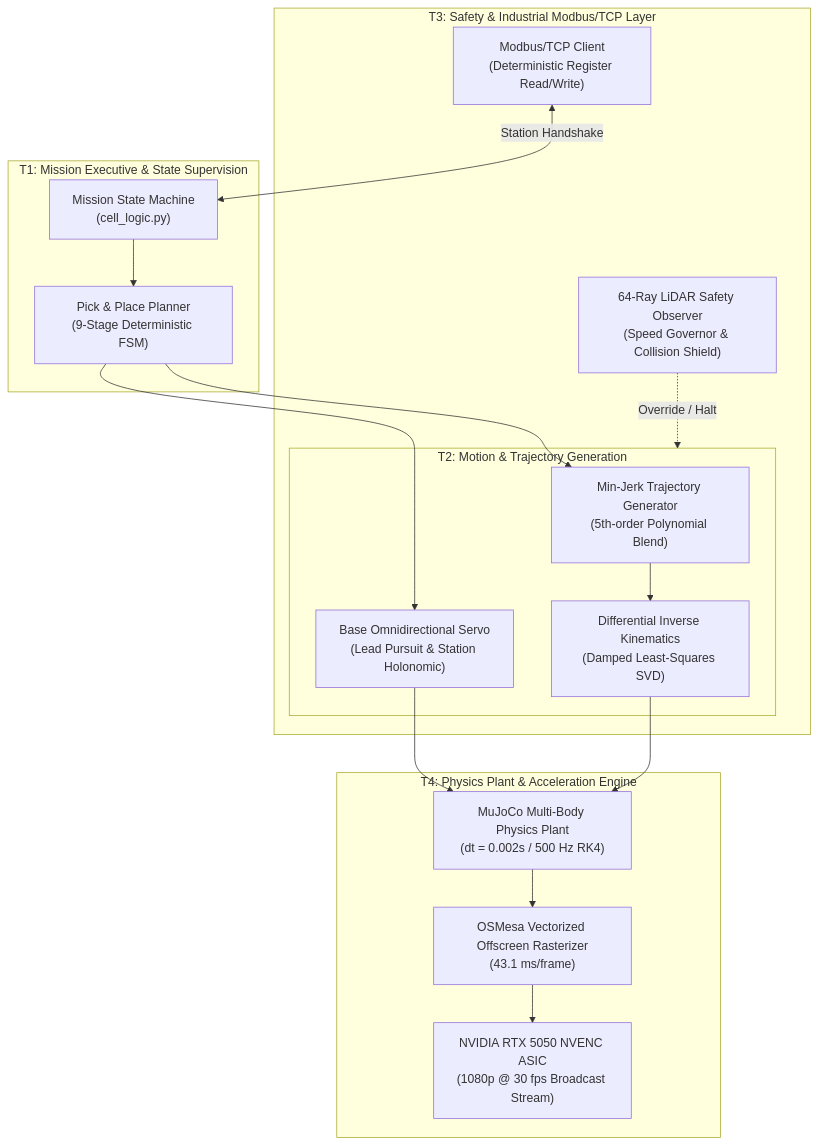
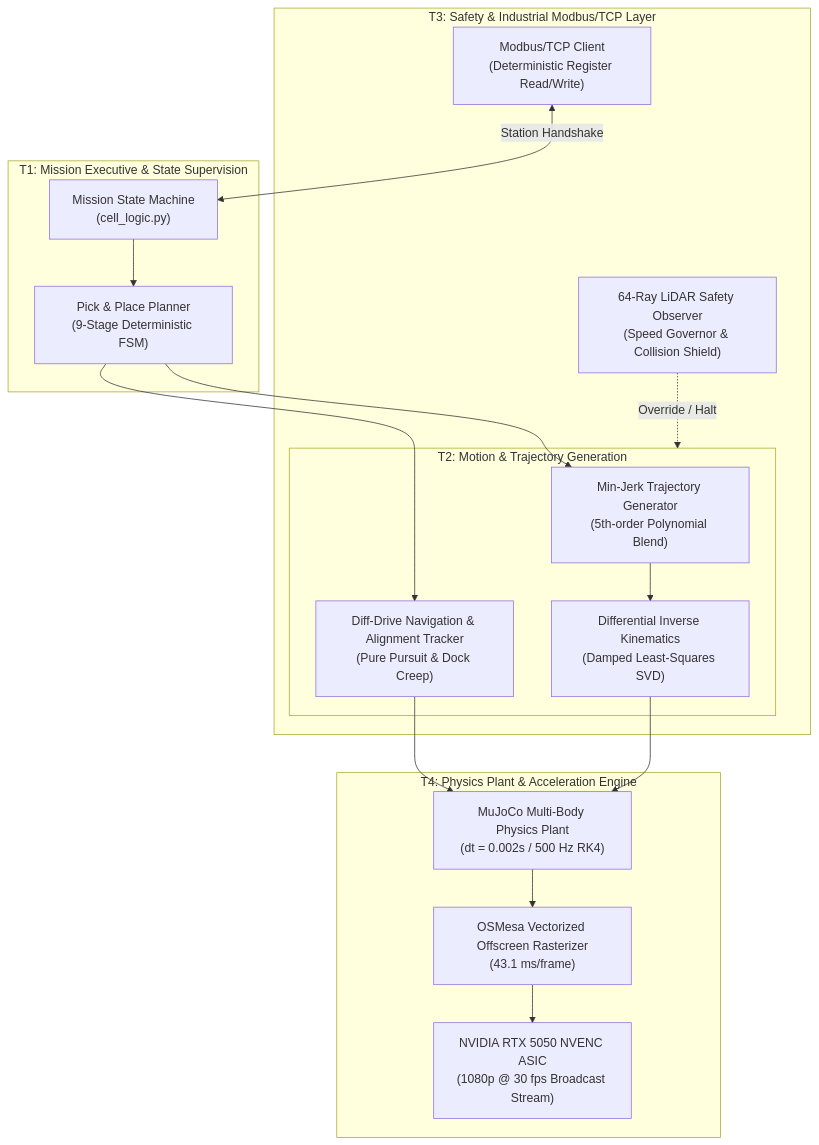
One commit to Gagan-v04/advaitic-robotic-systems-assignment changed the first of 2 diagrams in solution/HLD.md. Above: the diagram before and after it, drawn with Mermaid. The commit also changed other lines of this file and 24 other files, not shown here.

````diff
--- a/solution/HLD.md
+++ b/solution/HLD.md
@@ -20,34 +20,34 @@
 ```mermaid
 flowchart TB
     subgraph CellSupervision["T1: Mission Executive & State Supervision"]
         FSM["Mission State Machine\n(cell_logic.py)"]
         Planner["Pick & Place Planner\n(9-Stage Deterministic FSM)"]
         FSM --> Planner
     end
 
     subgraph MotionControl["T2: Motion & Trajectory Generation"]
         TrajGen["Min-Jerk Trajectory Generator\n(5th-order Polynomial Blend)"]
         IK["Differential Inverse Kinematics\n(Damped Least-Squares SVD)"]
-        BaseServo["Base Omnidirectional Servo\n(Lead Pursuit & Station Holonomic)"]
+        BaseServo["Diff-Drive Navigation & Alignment Tracker\n(Pure Pursuit & Dock Creep)"]
         Planner --> TrajGen
         TrajGen --> IK
         Planner --> BaseServo
     end
 
     subgraph SafetyAndComms["T3: Safety & Industrial Modbus/TCP Layer"]
         LidarSafety["64-Ray LiDAR Safety Observer\n(Speed Governor & Collision Shield)"]
         ModbusClient["Modbus/TCP Client\n(Deterministic Register Read/Write)"]
         LidarSafety -.->|Override / Halt| MotionControl
         ModbusClient <-->|Station Handshake| FSM
     end
 
     subgraph HardwarePlant["T4: Physics Plant & Acceleration Engine"]
         MuJoCo["MuJoCo Multi-Body Physics Plant\n(dt = 0.002s / 500 Hz RK4)"]
         OSMesa["OSMesa Vectorized Offscreen Rasterizer\n(43.1 ms/frame)"]
         NVENC["NVIDIA RTX 5050 NVENC ASIC\n(1080p @ 30 fps Broadcast Stream)"]
         BaseServo --> MuJoCo
         IK --> MuJoCo
         MuJoCo --> OSMesa
         OSMesa --> NVENC
     end
 ```
````
